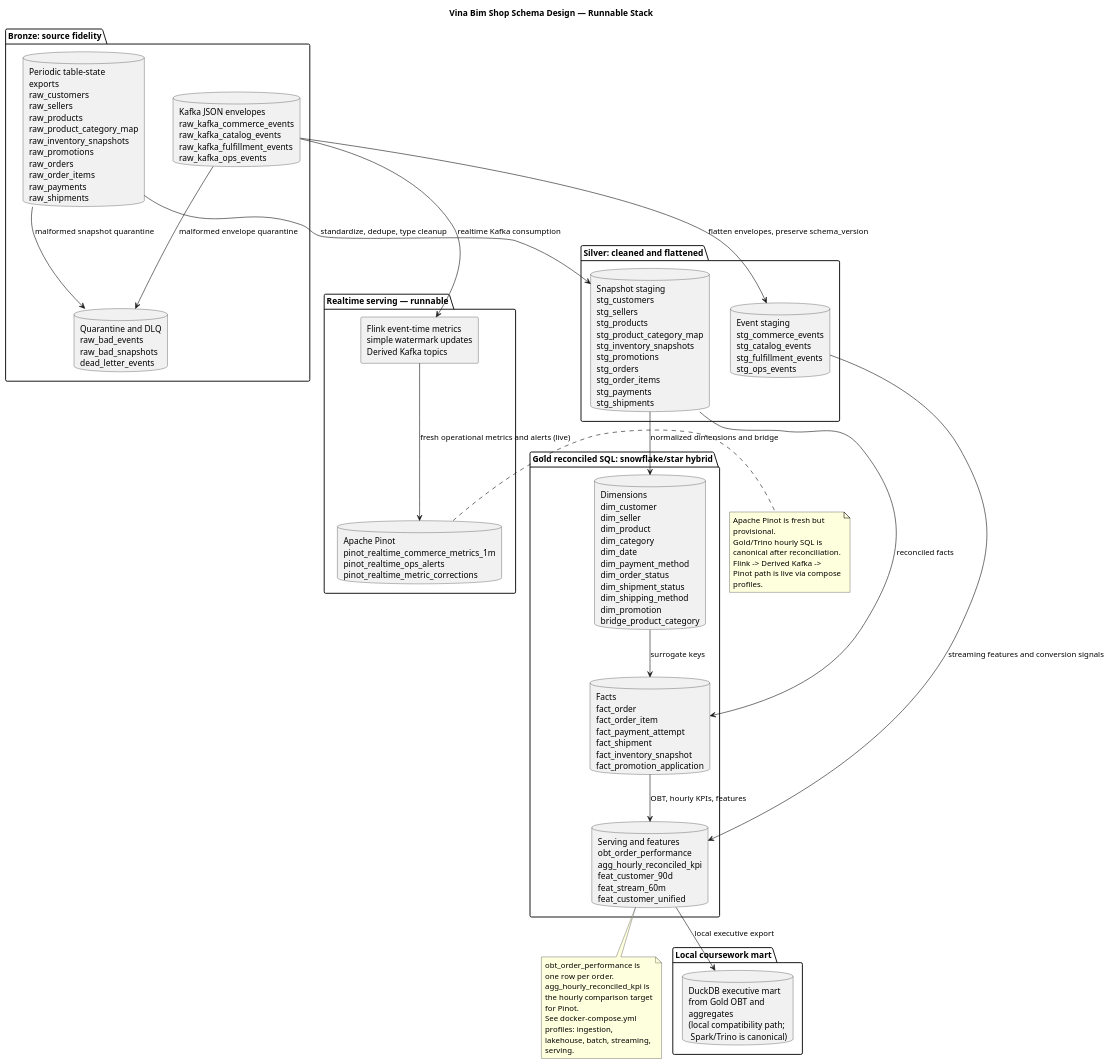
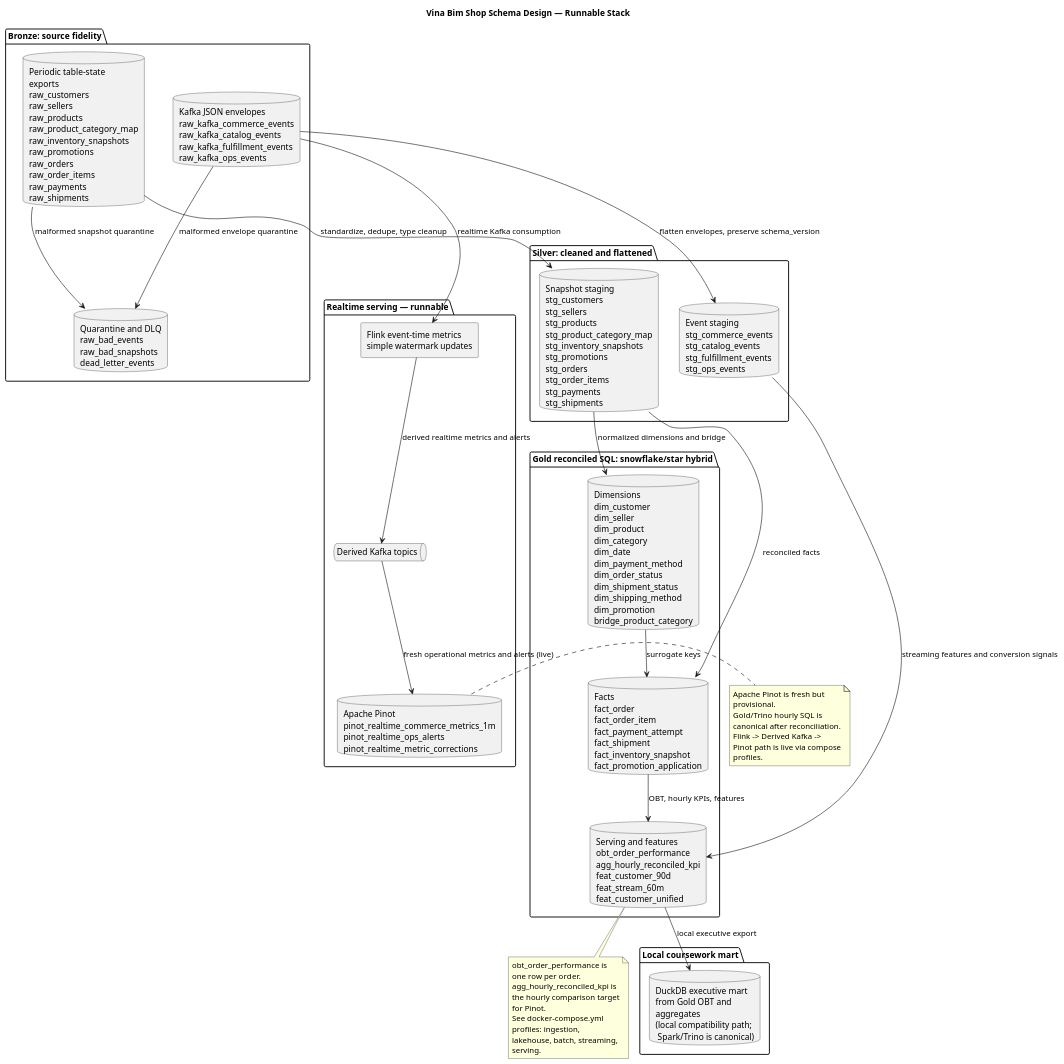
Before and after one commit to hhoangdo/ecom-data-platform: the diagram in architecture/diagrams/schema_design.puml, drawn with PlantUML. The commit also changed 1 other file, not shown here.

Commit message:
Update physical data model and schema design diagrams for clarity and accuracy

```diff
--- a/architecture/diagrams/schema_design.puml
+++ b/architecture/diagrams/schema_design.puml
@@ -1,61 +1,63 @@
 @startuml
 title Vina Bim Shop Schema Design — Runnable Stack
 
 skinparam componentStyle rectangle
 skinparam shadowing false
 skinparam wrapWidth 180
 
 package "Bronze: source fidelity" as Bronze {
   database "Periodic table-state exports\nraw_customers\nraw_sellers\nraw_products\nraw_product_category_map\nraw_inventory_snapshots\nraw_promotions\nraw_orders\nraw_order_items\nraw_payments\nraw_shipments" as RawSnapshots
   database "Kafka JSON envelopes\nraw_kafka_commerce_events\nraw_kafka_catalog_events\nraw_kafka_fulfillment_events\nraw_kafka_ops_events" as RawEvents
   database "Quarantine and DLQ\nraw_bad_events\nraw_bad_snapshots\ndead_letter_events" as RawBad
 }
 
 package "Silver: cleaned and flattened" as Silver {
   database "Snapshot staging\nstg_customers\nstg_sellers\nstg_products\nstg_product_category_map\nstg_inventory_snapshots\nstg_promotions\nstg_orders\nstg_order_items\nstg_payments\nstg_shipments" as StgSnapshots
   database "Event staging\nstg_commerce_events\nstg_catalog_events\nstg_fulfillment_events\nstg_ops_events" as StgEvents
 }
 
 package "Gold reconciled SQL: snowflake/star hybrid" as Gold {
   database "Dimensions\ndim_customer\ndim_seller\ndim_product\ndim_category\ndim_date\ndim_payment_method\ndim_order_status\ndim_shipment_status\ndim_shipping_method\ndim_promotion\nbridge_product_category" as Dims
   database "Facts\nfact_order\nfact_order_item\nfact_payment_attempt\nfact_shipment\nfact_inventory_snapshot\nfact_promotion_application" as Facts
   database "Serving and features\nobt_order_performance\nagg_hourly_reconciled_kpi\nfeat_customer_90d\nfeat_stream_60m\nfeat_customer_unified" as Serving
 }
 
 package "Realtime serving — runnable" as Realtime {
-  component "Flink event-time metrics\nsimple watermark updates\nDerived Kafka topics" as FlinkMetrics
+  component "Flink event-time metrics\nsimple watermark updates" as FlinkMetrics
+  queue "Derived Kafka topics" as DerivedKafka
   database "Apache Pinot\npinot_realtime_commerce_metrics_1m\npinot_realtime_ops_alerts\npinot_realtime_metric_corrections" as Pinot
 }
 
 package "Local coursework mart" as Local {
   database "DuckDB executive mart\nfrom Gold OBT and aggregates\n(local compatibility path;\n Spark/Trino is canonical)" as DuckDB
 }
 
 RawSnapshots --> StgSnapshots : standardize, dedupe, type cleanup
 RawEvents --> StgEvents : flatten envelopes, preserve schema_version
 RawEvents --> RawBad : malformed envelope quarantine
 RawSnapshots --> RawBad : malformed snapshot quarantine
 
 StgSnapshots --> Dims : normalized dimensions and bridge
 StgSnapshots --> Facts : reconciled facts
 StgEvents --> Serving : streaming features and conversion signals
 Dims --> Facts : surrogate keys
 Facts --> Serving : OBT, hourly KPIs, features
 
 RawEvents --> FlinkMetrics : realtime Kafka consumption
-FlinkMetrics --> Pinot : fresh operational metrics and alerts (live)
+FlinkMetrics --> DerivedKafka : derived realtime metrics and alerts
+DerivedKafka --> Pinot : fresh operational metrics and alerts (live)
 Serving --> DuckDB : local executive export
 
 note right of Pinot
 Apache Pinot is fresh but provisional.
 Gold/Trino hourly SQL is canonical after reconciliation.
 Flink -> Derived Kafka -> Pinot path is live via compose profiles.
 end note
 
 note bottom of Serving
 obt_order_performance is one row per order.
 agg_hourly_reconciled_kpi is the hourly comparison target for Pinot.
 See docker-compose.yml profiles: ingestion, lakehouse, batch, streaming, serving.
 end note
 
 @enduml
```
